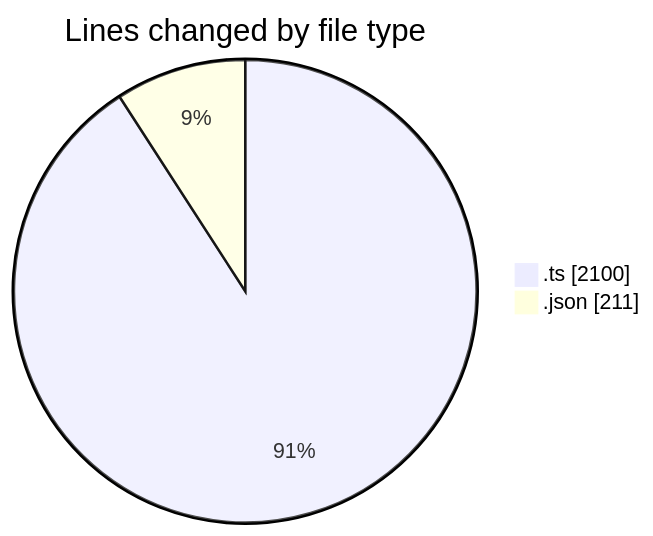
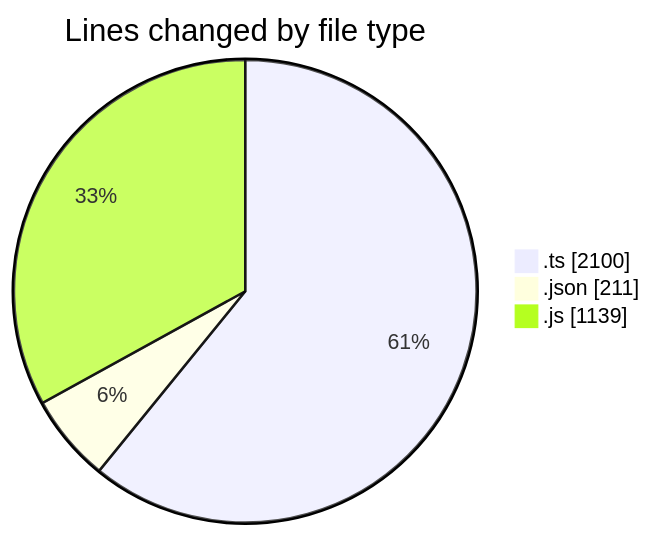
One commit to momahboobian/code-tracking changed the first of 2 diagrams in 2026-11-04/cda/README.md. Above: the diagram before and after it, drawn with Mermaid. The commit also changed other lines of this file and 1 other file, not shown here.

````diff
--- a/2026-11-04/cda/README.md
+++ b/2026-11-04/cda/README.md
@@ -23,6 +24,7 @@
 ```mermaid
 pie showData
 title Lines changed by file type
 ".ts" : 2100
 ".json" : 211
+".js" : 1139
 ```
````
